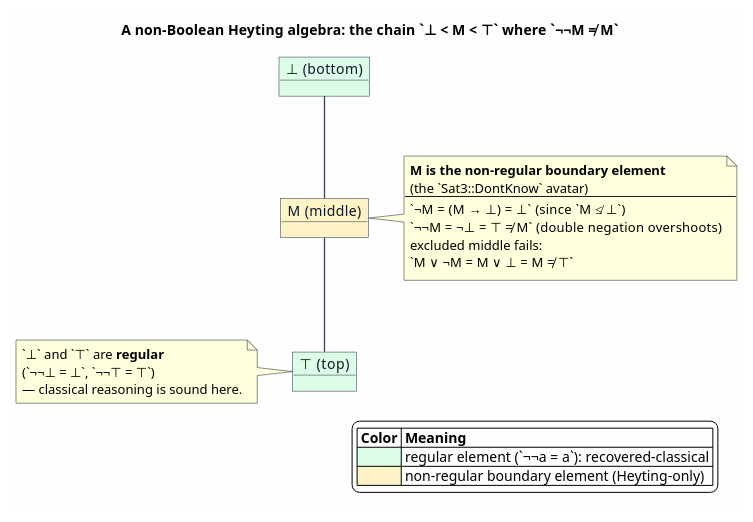
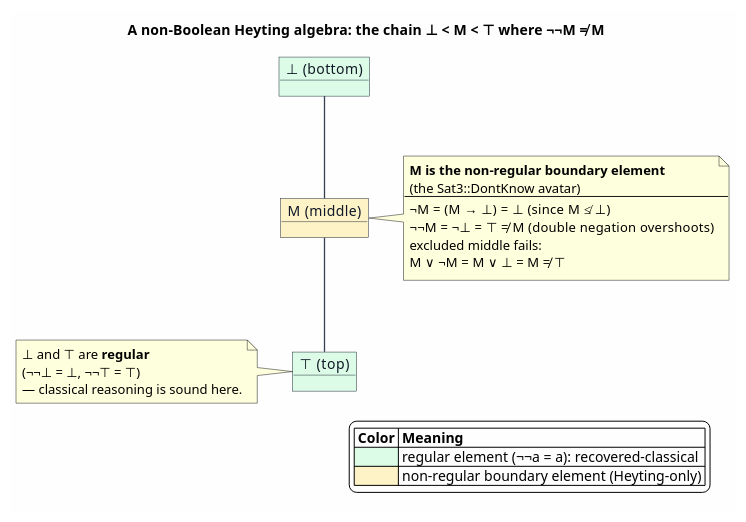
The diagram in docs/architecture/semantic-predicates/figures/12-heyting-hasse.puml (F1R3FLY-io/mettail-rust), drawn with PlantUML before and after one commit. The commit also changed 51 other files, not shown here.

```diff
--- a/docs/architecture/semantic-predicates/figures/12-heyting-hasse.puml
+++ b/docs/architecture/semantic-predicates/figures/12-heyting-hasse.puml
@@ -1,45 +1,45 @@
 @startuml
 skinparam backgroundColor #FEFEFE
 skinparam shadowing false
 skinparam ArrowColor #374151
 skinparam ArrowThickness 1.3
 skinparam object {
   BorderColor #1F2937
   FontColor #111827
 }
 
-title A non-Boolean Heyting algebra: the chain `⊥ < M < ⊤` where `¬¬M ≠ M`
+title A non-Boolean Heyting algebra: the chain ⊥ < M < ⊤ where ¬¬M ≠ M
 
-' ── The 3-element chain Heyting algebra (the real `Chain3` model) ─────────
-' Hasse diagram: nodes stacked bottom-to-top, covers drawn as plain `--`
+' ── The 3-element chain Heyting algebra (the real Chain3 model) ─────────
+' Hasse diagram: nodes stacked bottom-to-top, covers drawn as plain --
 ' edges (no arrowheads). Order grows upward: ⊥ ≤ M ≤ ⊤.
 object "⊤  (top)" as Top #DCFCE7
 object "M  (middle)" as Mid #FEF3C7
 object "⊥  (bottom)" as Bot #DCFCE7
 
 ' covering relations of the chain (drawn bottom-to-top)
 Bot -- Mid
 Mid -- Top
 
 note right of Mid
   **M is the non-regular boundary element**
-  (the `Sat3::DontKnow` avatar)
+  (the Sat3::DontKnow avatar)
   ----
-  `¬M = (M → ⊥) = ⊥`   (since `M ≰ ⊥`)
-  `¬¬M = ¬⊥ = ⊤ ≠ M`   (double negation overshoots)
+  ¬M = (M → ⊥) = ⊥   (since M ≰ ⊥)
+  ¬¬M = ¬⊥ = ⊤ ≠ M   (double negation overshoots)
   excluded middle fails:
-  `M ∨ ¬M = M ∨ ⊥ = M ≠ ⊤`
+  M ∨ ¬M = M ∨ ⊥ = M ≠ ⊤
 end note
 
 note left of Top
-  `⊥` and `⊤` are **regular**
-  (`¬¬⊥ = ⊥`, `¬¬⊤ = ⊤`)
+  ⊥ and ⊤ are **regular**
+  (¬¬⊥ = ⊥, ¬¬⊤ = ⊤)
   — classical reasoning is sound here.
 end note
 
 legend right
 |= Color |= Meaning |
-|<#DCFCE7> | regular element (`¬¬a = a`): recovered-classical |
+|<#DCFCE7> | regular element (¬¬a = a): recovered-classical |
 |<#FEF3C7> | non-regular boundary element (Heyting-only) |
 endlegend
 @enduml
```
